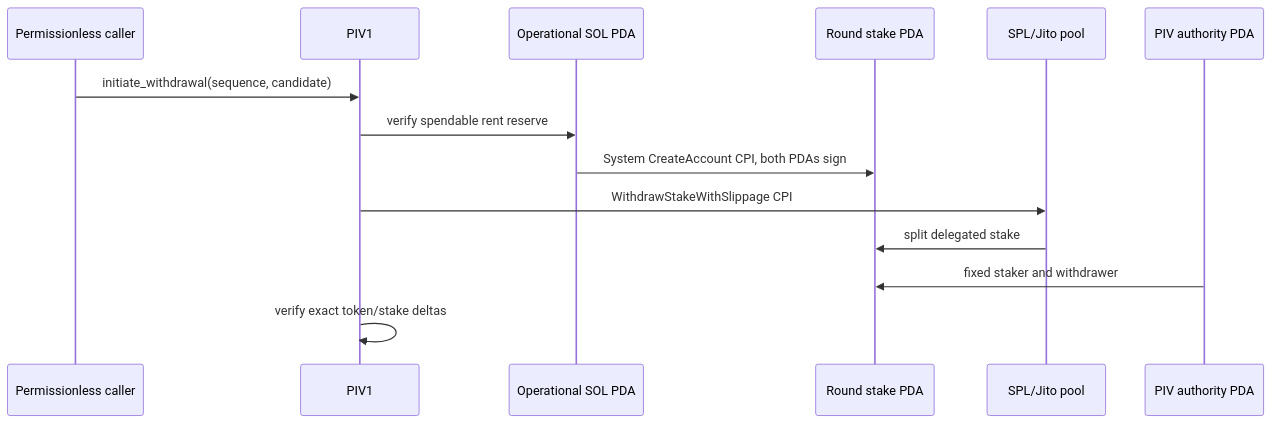
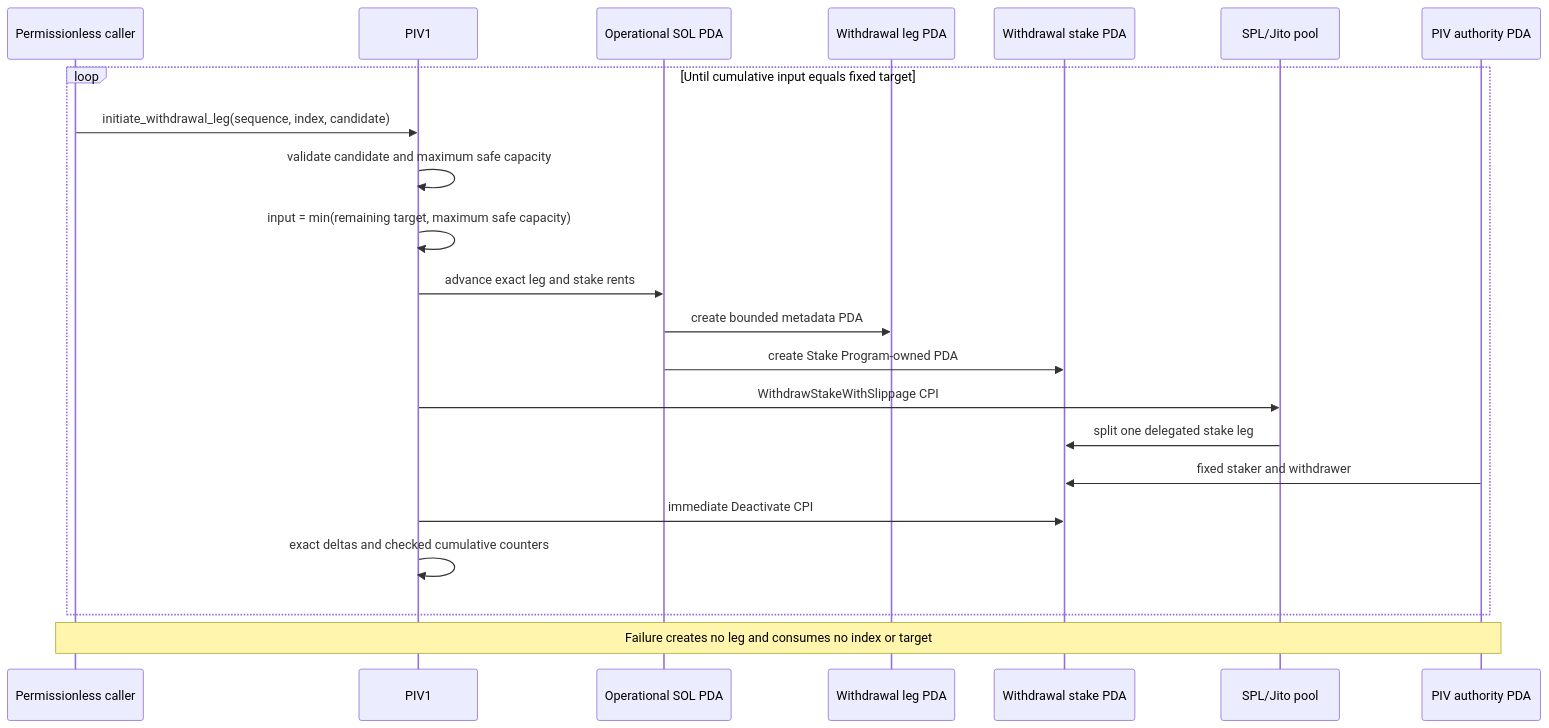
One commit to HoldTheFuckingPosition/PIV1 changed the fourth of 8 diagrams in docs/PHASE_0_VALIDATION_REPORT.md. Above: the diagram before and after it, drawn with Mermaid. The commit also changed other lines of this file and 5 other files, not shown here.

Commit message:
docs: confirm Phase 0 architecture decisions

```diff
--- a/docs/PHASE_0_VALIDATION_REPORT.md
+++ b/docs/PHASE_0_VALIDATION_REPORT.md
@@ -363,16 +383,24 @@
 ~~~mermaid
 sequenceDiagram
     participant K as Permissionless caller
     participant P as PIV1
     participant O as Operational SOL PDA
-    participant S as Round stake PDA
+    participant L as Withdrawal leg PDA
+    participant S as Withdrawal stake PDA
     participant J as SPL/Jito pool
     participant A as PIV authority PDA
-    K->>P: initiate_withdrawal(sequence, candidate)
-    P->>O: verify spendable rent reserve
-    O->>S: System CreateAccount CPI, both PDAs sign
-    P->>J: WithdrawStakeWithSlippage CPI
-    J->>S: split delegated stake
-    A->>S: fixed staker and withdrawer
-    P->>P: verify exact token/stake deltas
+    loop Until cumulative input equals fixed target
+        K->>P: initiate_withdrawal_leg(sequence, index, candidate)
+        P->>P: validate candidate and maximum safe capacity
+        P->>P: input = min(remaining target, maximum safe capacity)
+        P->>O: advance exact leg and stake rents
+        O->>L: create bounded metadata PDA
+        O->>S: create Stake Program-owned PDA
+        P->>J: WithdrawStakeWithSlippage CPI
+        J->>S: split one delegated stake leg
+        A->>S: fixed staker and withdrawer
+        P->>S: immediate Deactivate CPI
+        P->>P: exact deltas and checked cumulative counters
+    end
+    Note over K,A: Failure creates no leg and consumes no index or target
 ~~~
```
